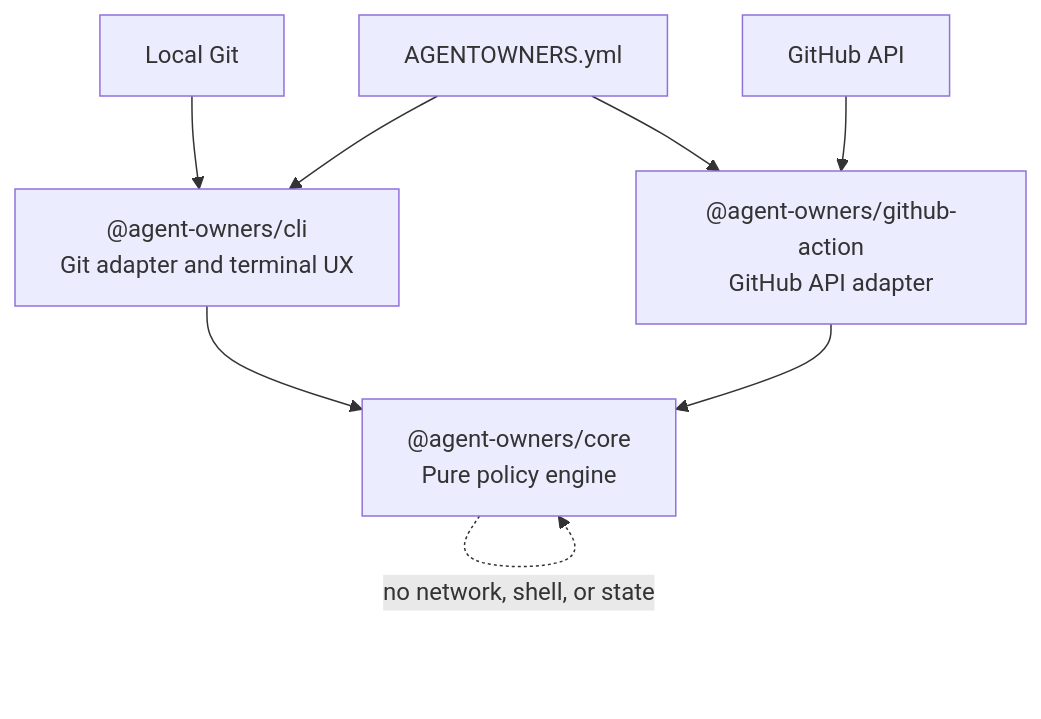
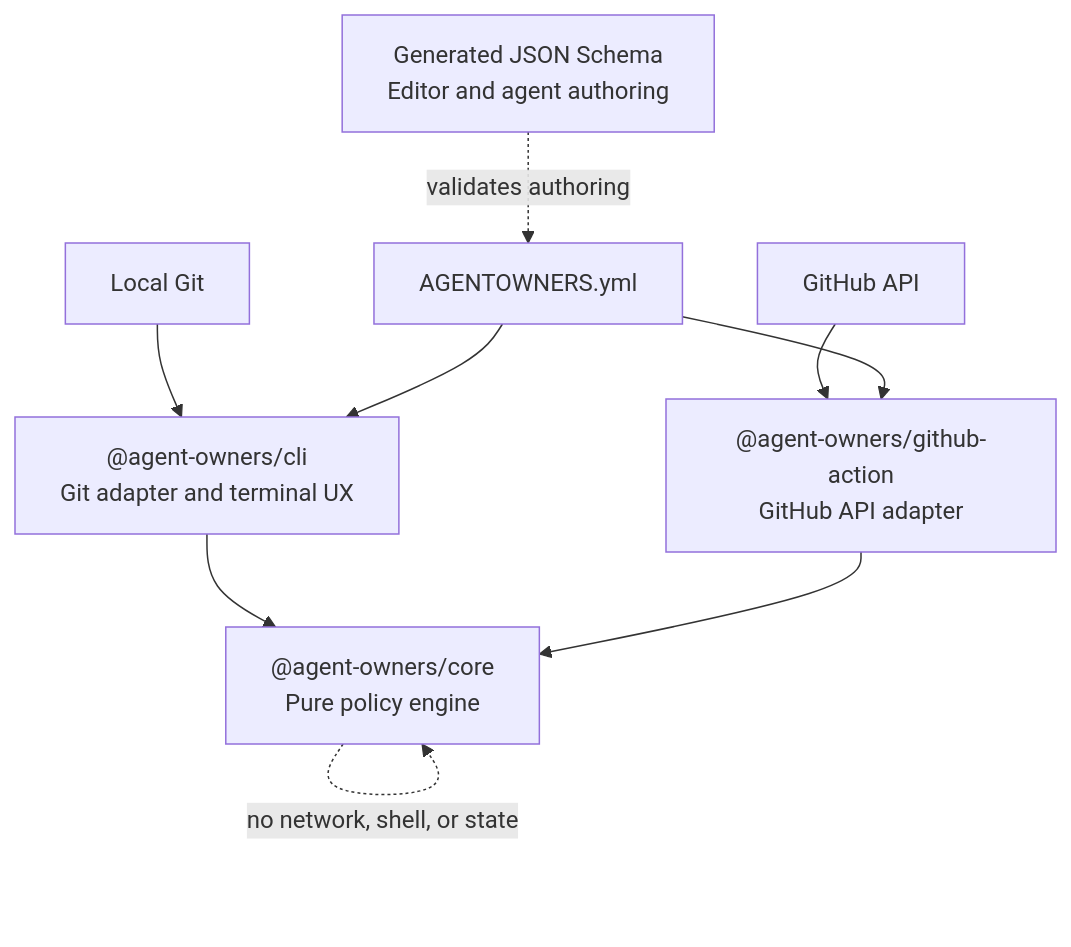
One commit to streamentry/AGENTOWNERS changed the second of 3 diagrams in docs/architecture.md. Above: the diagram before and after it, drawn with Mermaid. The commit also changed other lines of this file and 19 other files, not shown here.

Commit message:
feat(core): publish deterministic policy schema (#8)

````diff
--- a/docs/architecture.md
+++ b/docs/architecture.md
@@ -26,17 +29,19 @@
 ```mermaid
 flowchart TB
   CLI["@agent-owners/cli<br/>Git adapter and terminal UX"]
   ACTION["@agent-owners/github-action<br/>GitHub API adapter"]
   CORE["@agent-owners/core<br/>Pure policy engine"]
   POLICY["AGENTOWNERS.yml"]
+  SCHEMA["Generated JSON Schema<br/>Editor and agent authoring"]
   GIT["Local Git"]
   GH["GitHub API"]
 
   GIT --> CLI
   GH --> ACTION
   POLICY --> CLI
   POLICY --> ACTION
+  SCHEMA -. validates authoring .-> POLICY
   CLI --> CORE
   ACTION --> CORE
   CORE -. no network, shell, or state .-> CORE
 ```
````
